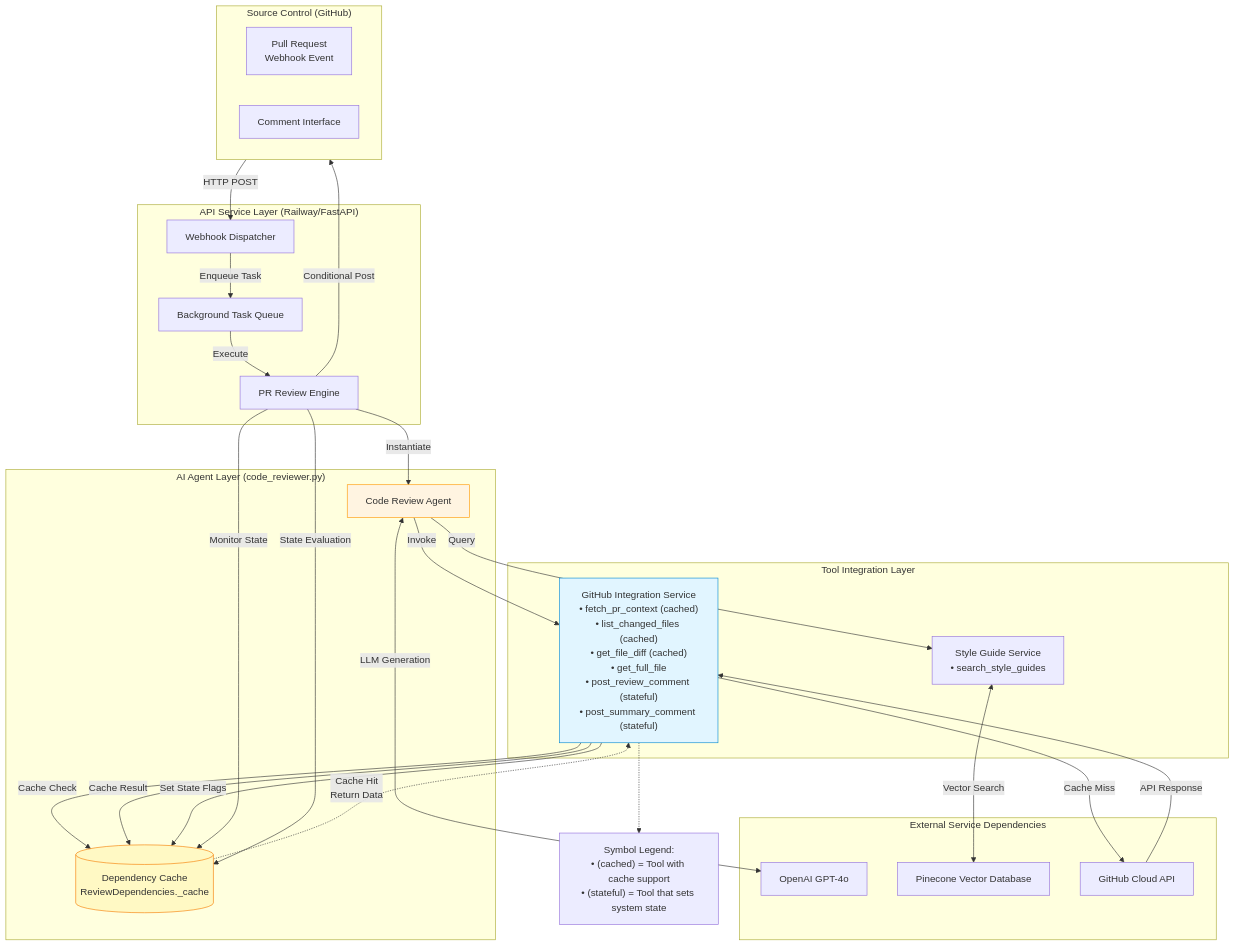
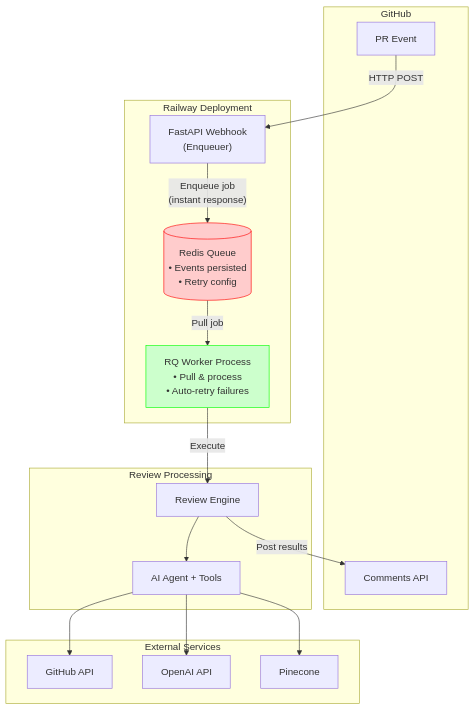
The diagram in README.md (Osireg17/AI-Code-Reviewer), drawn with Mermaid before and after one commit.

Commit message:
Update README to simplify flowchart and enhance clarity of components

````diff
--- a/README.md
+++ b/README.md
@@ -120,66 +120,37 @@
 ```mermaid
 flowchart TB
-    subgraph SourceControl["Source Control (GitHub)"]
-        direction LR
-        PR_EVENT["Pull Request<br/>Webhook Event"]
-        COMMENT_API["Comment Interface"]
-    end
-    
-    subgraph API_Layer["API Service Layer (Railway/FastAPI)"]
-        WEBHOOK_DISPATCHER["Webhook Dispatcher"]
-        TASK_QUEUE["Background Task Queue"]
-        PR_REVIEW_ENGINE["PR Review Engine"]
-    end
-    
-    subgraph AgentLayer["AI Agent Layer (code_reviewer.py)"]
-        CODE_REVIEW_AGENT["Code Review Agent"]
-        DEPENDENCY_CACHE[(Dependency Cache<br/>ReviewDependencies._cache)]
-    end
-    
-    subgraph ToolingLayer["Tool Integration Layer"]
-        GITHUB_INT["GitHub Integration Service<br/>• fetch_pr_context (cached)<br/>• list_changed_files (cached)<br/>• get_file_diff (cached)<br/>• get_full_file<br/>• post_review_comment (stateful)<br/>• post_summary_comment (stateful)"]
-        STYLE_GUIDE_SERVICE["Style Guide Service<br/>• search_style_guides"]
-    end
-    
-    subgraph ExternalServices["External Service Dependencies"]
-        LLM_SERVICE["OpenAI GPT-4o"]
-        VECTOR_DB["Pinecone Vector Database"]
-        GITHUB_CLOUD_API["GitHub Cloud API"]
+    subgraph SourceControl["GitHub"]
+        PR_EVENT["PR Event"]
+        COMMENT_API["Comments API"]
     end
 
-    %% Primary Event Flow
-    PR_EVENT -->|HTTP POST| WEBHOOK_DISPATCHER
-    WEBHOOK_DISPATCHER -->|Enqueue Task| TASK_QUEUE
-    TASK_QUEUE -->|Execute| PR_REVIEW_ENGINE
-    PR_REVIEW_ENGINE -->|Instantiate| CODE_REVIEW_AGENT
-    
-    %% GitHub Data Retrieval Flow
-    CODE_REVIEW_AGENT -->|Invoke| GITHUB_INT
-    GITHUB_INT -->|Cache Check| DEPENDENCY_CACHE
-    DEPENDENCY_CACHE -.->|Cache Hit<br/>Return Data| GITHUB_INT
-    GITHUB_INT -->|Cache Miss| GITHUB_CLOUD_API
-    GITHUB_CLOUD_API -->|API Response| GITHUB_INT
-    GITHUB_INT -->|Cache Result| DEPENDENCY_CACHE
-    
-    %% State Management Flow
-    GITHUB_INT -->|Set State Flags| DEPENDENCY_CACHE
-    PR_REVIEW_ENGINE -->|Monitor State| DEPENDENCY_CACHE
-    
-    %% AI & Knowledge Flow
-    CODE_REVIEW_AGENT -->|Query| STYLE_GUIDE_SERVICE
-    STYLE_GUIDE_SERVICE <-->|Vector Search| VECTOR_DB
-    CODE_REVIEW_AGENT <-->|LLM Generation| LLM_SERVICE
-    
-    %% Output Flow
-    PR_REVIEW_ENGINE -->|State Evaluation| DEPENDENCY_CACHE
-    PR_REVIEW_ENGINE -->|Conditional Post| COMMENT_API
+    subgraph Railway["Railway Deployment"]
+        WEBHOOK["FastAPI Webhook<br/>(Enqueuer)"]
+        REDIS[("Redis Queue<br/>• Events persisted<br/>• Retry config")]
+        WORKER["RQ Worker Process<br/>• Pull & process<br/>• Auto-retry failures"]
+    end
 
-    %% Styling
-    style DEPENDENCY_CACHE fill:#fff9c4,stroke:#f57c00
-    style GITHUB_INT fill:#e1f5ff,stroke:#0288d1
-    style CODE_REVIEW_AGENT fill:#fff4e1,stroke:#ff9800
-    
-    %% Legend
-    LEGEND["Symbol Legend:<br/>• (cached) = Tool with cache support<br/>• (stateful) = Tool that sets system state"]
-    GITHUB_INT -.-> LEGEND
+    subgraph ProcessingLayer["Review Processing"]
+        REVIEW_ENGINE["Review Engine"]
+        AI_AGENT["AI Agent + Tools"]
+    end
+
+    subgraph External["External Services"]
+        GITHUB_API["GitHub API"]
+        OPENAI["OpenAI API"]
+        PINECONE["Pinecone"]
+    end
+
+    PR_EVENT -->|"HTTP POST"| WEBHOOK
+    WEBHOOK -->|"Enqueue job<br/>(instant response)"| REDIS
+    REDIS -->|"Pull job"| WORKER
+    WORKER -->|"Execute"| REVIEW_ENGINE
+    REVIEW_ENGINE --> AI_AGENT
+    AI_AGENT --> GITHUB_API
+    AI_AGENT --> OPENAI
+    AI_AGENT --> PINECONE
+    REVIEW_ENGINE -->|"Post results"| COMMENT_API
+
+    style REDIS fill:#ffcccc,stroke:#ff0000
+    style WORKER fill:#ccffcc,stroke:#00ff00
 ```
````
